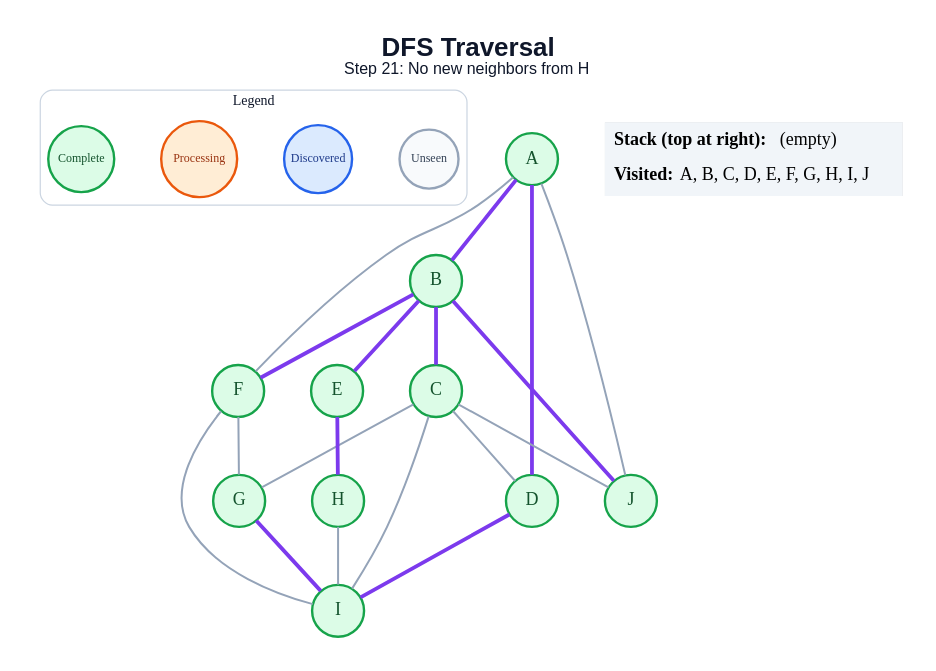
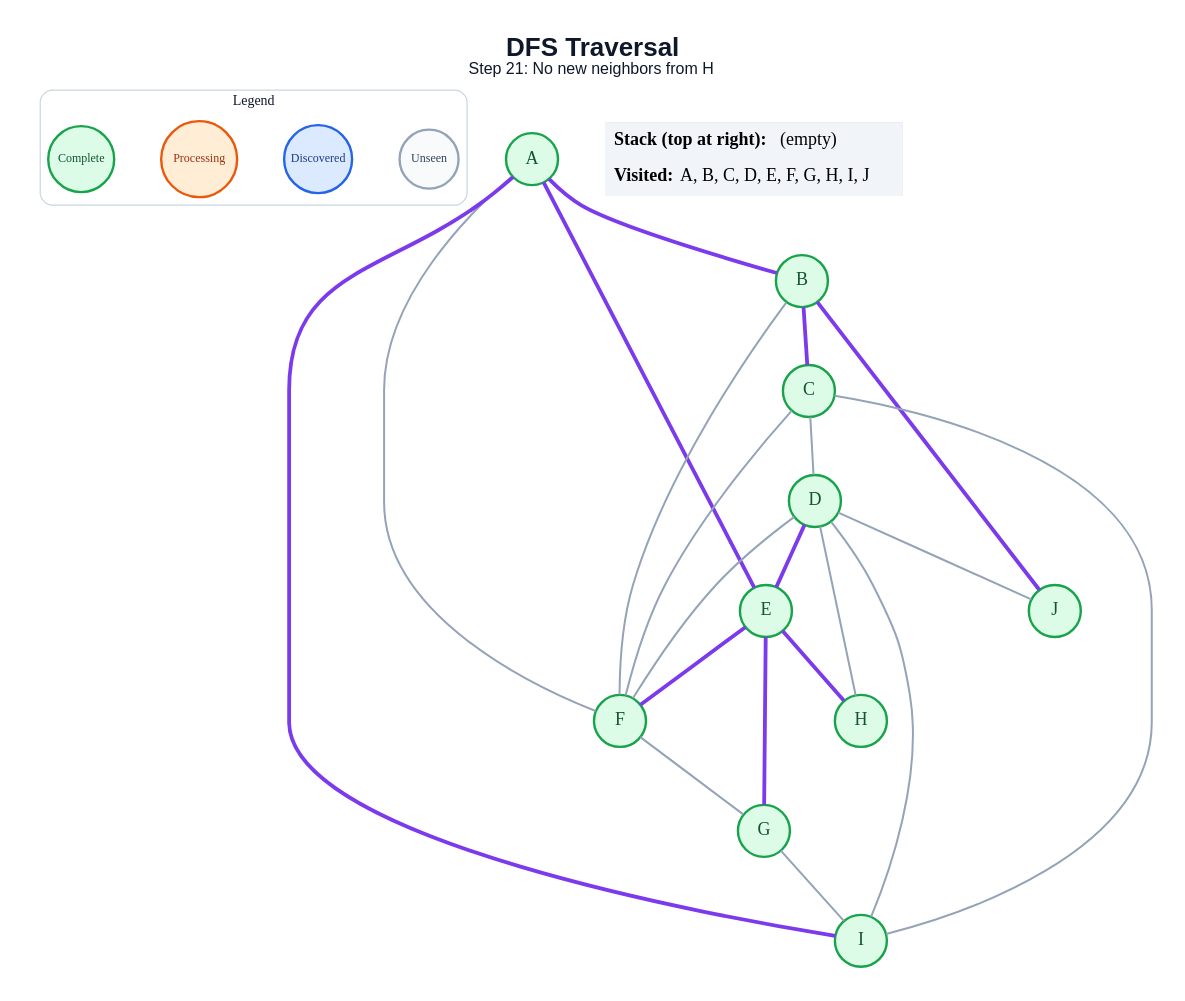
Before and after one commit to anon7238593-create/ai-slop: the diagram in generated/specific-node/dfs/step_21.dot, drawn with Graphviz. The commit also changed 178 other files, not shown here.

```diff
--- a/generated/specific-node/dfs/step_21.dot
+++ b/generated/specific-node/dfs/step_21.dot
@@ -1,47 +1,49 @@
 graph traversal {
   graph [layout=dot, rankdir=TB, bgcolor="#FFFFFF", pad="0.35", nodesep="0.65", ranksep="0.8", fontname="Arial"];
   node [shape=circle, style="filled", fontname="Arial Bold", fontsize=18, width=0.72, fixedsize=true, penwidth=2.4];
   edge [color="#94A3B8", penwidth=2.0];
   label=<<B>DFS Traversal</B><BR/><FONT POINT-SIZE="16">Step 21: No new neighbors from H</FONT>>; labelloc="t"; fontsize=26; fontname="Arial"; fontcolor="#0F172A";
   subgraph cluster_legend { label="Legend"; color="#CBD5E1"; penwidth=1.2; style="rounded"; fontsize=14; fontname="Arial Bold";
     key_unseen [label="Unseen", fillcolor="#F8FAFC", color="#94A3B8", fontcolor="#334155", fontsize=12, width=0.82];
     key_frontier [label="Discovered", fillcolor="#DBEAFE", color="#2563EB", fontcolor="#1E3A8A", fontsize=12, width=0.95];
     key_current [label="Processing", fillcolor="#FFEDD5", color="#EA580C", fontcolor="#9A3412", fontsize=12, width=1.05];
     key_done [label="Complete", fillcolor="#DCFCE7", color="#16A34A", fontcolor="#14532D", fontsize=12, width=0.92];
     { rank=same; key_unseen; key_frontier; key_current; key_done; }
   }
   A [fillcolor="#DCFCE7", color="#16A34A", fontcolor="#14532D"];
   B [fillcolor="#DCFCE7", color="#16A34A", fontcolor="#14532D"];
   C [fillcolor="#DCFCE7", color="#16A34A", fontcolor="#14532D"];
   D [fillcolor="#DCFCE7", color="#16A34A", fontcolor="#14532D"];
   E [fillcolor="#DCFCE7", color="#16A34A", fontcolor="#14532D"];
   F [fillcolor="#DCFCE7", color="#16A34A", fontcolor="#14532D"];
   G [fillcolor="#DCFCE7", color="#16A34A", fontcolor="#14532D"];
   H [fillcolor="#DCFCE7", color="#16A34A", fontcolor="#14532D"];
   I [fillcolor="#DCFCE7", color="#16A34A", fontcolor="#14532D"];
   J [fillcolor="#DCFCE7", color="#16A34A", fontcolor="#14532D"];
   A -- B [color="#7C3AED", penwidth=3.8];
-  A -- D [color="#7C3AED", penwidth=3.8];
+  A -- E [color="#7C3AED", penwidth=3.8];
   A -- F;
-  A -- J;
+  A -- I [color="#7C3AED", penwidth=3.8];
   B -- C [color="#7C3AED", penwidth=3.8];
-  B -- E [color="#7C3AED", penwidth=3.8];
-  B -- F [color="#7C3AED", penwidth=3.8];
+  B -- F;
   B -- J [color="#7C3AED", penwidth=3.8];
   C -- D;
-  C -- G;
+  C -- F;
   C -- I;
-  C -- J;
-  D -- I [color="#7C3AED", penwidth=3.8];
+  D -- E [color="#7C3AED", penwidth=3.8];
+  D -- F;
+  D -- H;
+  D -- I;
+  D -- J;
+  E -- F [color="#7C3AED", penwidth=3.8];
+  E -- G [color="#7C3AED", penwidth=3.8];
   E -- H [color="#7C3AED", penwidth=3.8];
   F -- G;
-  F -- I;
-  G -- I [color="#7C3AED", penwidth=3.8];
-  H -- I;
+  G -- I;
   status [shape=plain, fixedsize=false, width=0, height=0, margin=0, label=<
     <TABLE BORDER="0" CELLBORDER="0" CELLPADDING="7" BGCOLOR="#F1F5F9">
       <TR><TD ALIGN="LEFT"><B>Stack (top at right):</B> (empty)</TD></TR>
       <TR><TD ALIGN="LEFT"><B>Visited:</B> A, B, C, D, E, F, G, H, I, J</TD></TR>
     </TABLE>
   >];
 }
```
